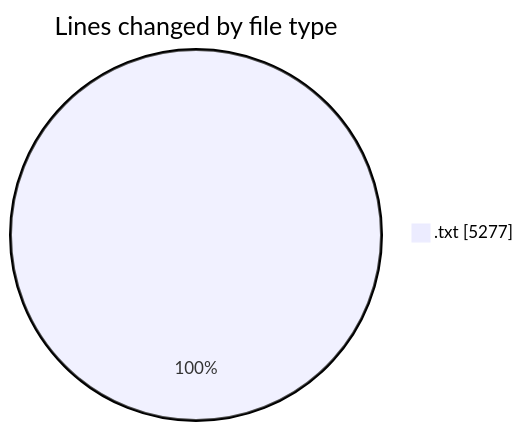
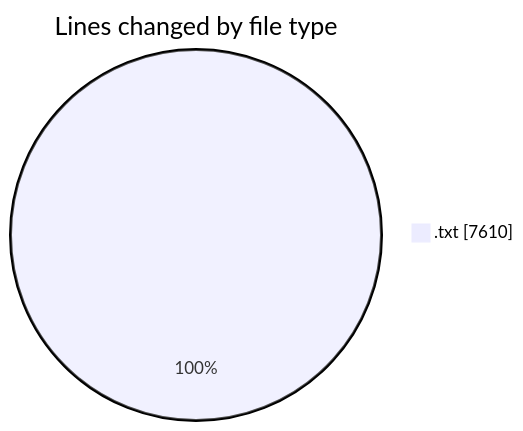
The first of 2 diagrams in 2026-11-23/informesdocpath/README.md (ricardozamudiocil/code-tracking), drawn with Mermaid before and after one commit. The commit also changed other lines of this file and 1 other file, not shown here.

````diff
--- a/2026-11-23/informesdocpath/README.md
+++ b/2026-11-23/informesdocpath/README.md
@@ -20,5 +21,5 @@
 ```mermaid
 pie showData
 title Lines changed by file type
-".txt" : 5277
+".txt" : 7610
 ```
````
